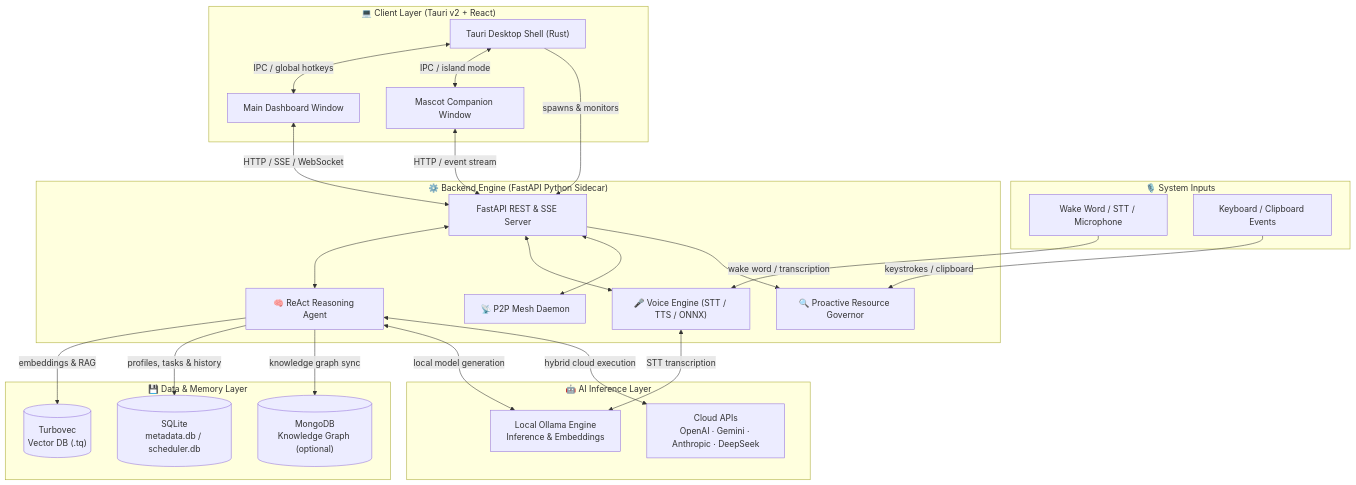
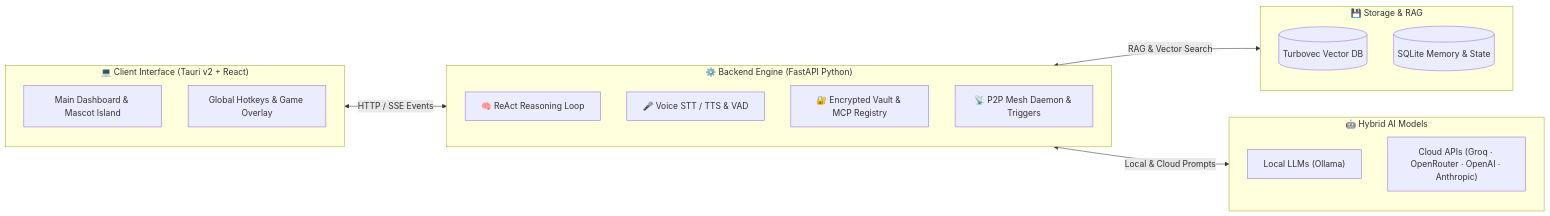
One commit to Aryan4132/Meridian-X changed the diagram in README.md. Above: the diagram before and after it, drawn with Mermaid. The commit also changed other lines of this file, not shown here.

Commit message:
docs: simplify architecture diagram and add v0.2.2 feature suite to README.md

````diff
--- a/README.md
+++ b/README.md
@@ -80,63 +71,28 @@
 ```mermaid
-graph TD
-    subgraph Inputs["🎙️ System Inputs"]
-        Audio["Wake Word / STT / Microphone"]
-        Keyboard["Keyboard / Clipboard Events"]
+graph LR
+    subgraph UI["💻 Client Interface (Tauri v2 + React)"]
+        Dash["Main Dashboard & Mascot Island"]
+        Hotkeys["Global Hotkeys & Game Overlay"]
     end
 
-    subgraph Client["💻 Client Layer  (Tauri v2 + React)"]
-        Shell["Tauri Desktop Shell (Rust)"]
-        Dashboard["Main Dashboard Window"]
-        Mascot["Mascot Companion Window"]
+    subgraph Engine["⚙️ Backend Engine (FastAPI Python)"]
+        Agent["🧠 ReAct Reasoning Loop"]
+        Voice["🎤 Voice STT / TTS & VAD"]
+        Vault["🔐 Encrypted Vault & MCP Registry"]
+        P2P["📡 P2P Mesh Daemon & Triggers"]
     end
 
-    subgraph Backend["⚙️ Backend Engine  (FastAPI Python Sidecar)"]
-        API["FastAPI REST & SSE Server"]
-        Agent["🧠 ReAct Reasoning Agent"]
-        Voice["🎤 Voice Engine (STT / TTS / ONNX)"]
-        P2P["📡 P2P Mesh Daemon"]
-        Proactive["🔍 Proactive Resource Governor"]
+    subgraph Storage["💾 Storage & RAG"]
+        Turbovec[("Turbovec Vector DB")]
+        SQLite[("SQLite Memory & State")]
     end
 
-    subgraph Storage["💾 Data & Memory Layer"]
-        Turbovec[("Turbovec\nVector DB (.tq)")]
-        SQLite[("SQLite\nmetadata.db / scheduler.db")]
-        MongoDB[("MongoDB\nKnowledge Graph (optional)")]
+    subgraph Inference["🤖 Hybrid AI Models"]
+        Ollama["Local LLMs (Ollama)"]
+        Cloud["Cloud APIs (Groq · OpenRouter · OpenAI · Anthropic)"]
     end
 
-    subgraph AI["🤖 AI Inference Layer"]
-        Ollama["Local Ollama Engine\nInference & Embeddings"]
-        Cloud["Cloud APIs\nOpenAI · Gemini · Anthropic · DeepSeek"]
-    end
-
-    %% Input flows
-    Audio -->|wake word / transcription| Voice
-    Keyboard -->|keystrokes / clipboard| Proactive
-
-    %% Client ↔ Shell
-    Shell <-->|IPC / global hotkeys| Dashboard
-    Shell <-->|IPC / island mode| Mascot
-    Shell -->|spawns & monitors| API
-
-    %% Client ↔ Backend
-    Dashboard <-->|HTTP / SSE / WebSocket| API
-    Mascot <-->|HTTP / event stream| API
-
-    %% Backend internals
-    API <--> Agent
-    API <--> Voice
-    API <--> P2P
-    API --> Proactive
-
-    %% Agent ↔ Storage
-    Agent -->|embeddings & RAG| Turbovec
-    Agent -->|profiles, tasks & history| SQLite
-    Agent -->|knowledge graph sync| MongoDB
-
-    %% Agent ↔ Inference
-    Agent <-->|local model generation| Ollama
-    Agent <-->|hybrid cloud execution| Cloud
-
-    %% Voice ↔ Inference
-    Voice <-->|STT transcription| Ollama
+    UI <-->|HTTP / SSE Events| Engine
+    Engine <-->|RAG & Vector Search| Storage
+    Engine <-->|Local & Cloud Prompts| Inference
 ```
````
